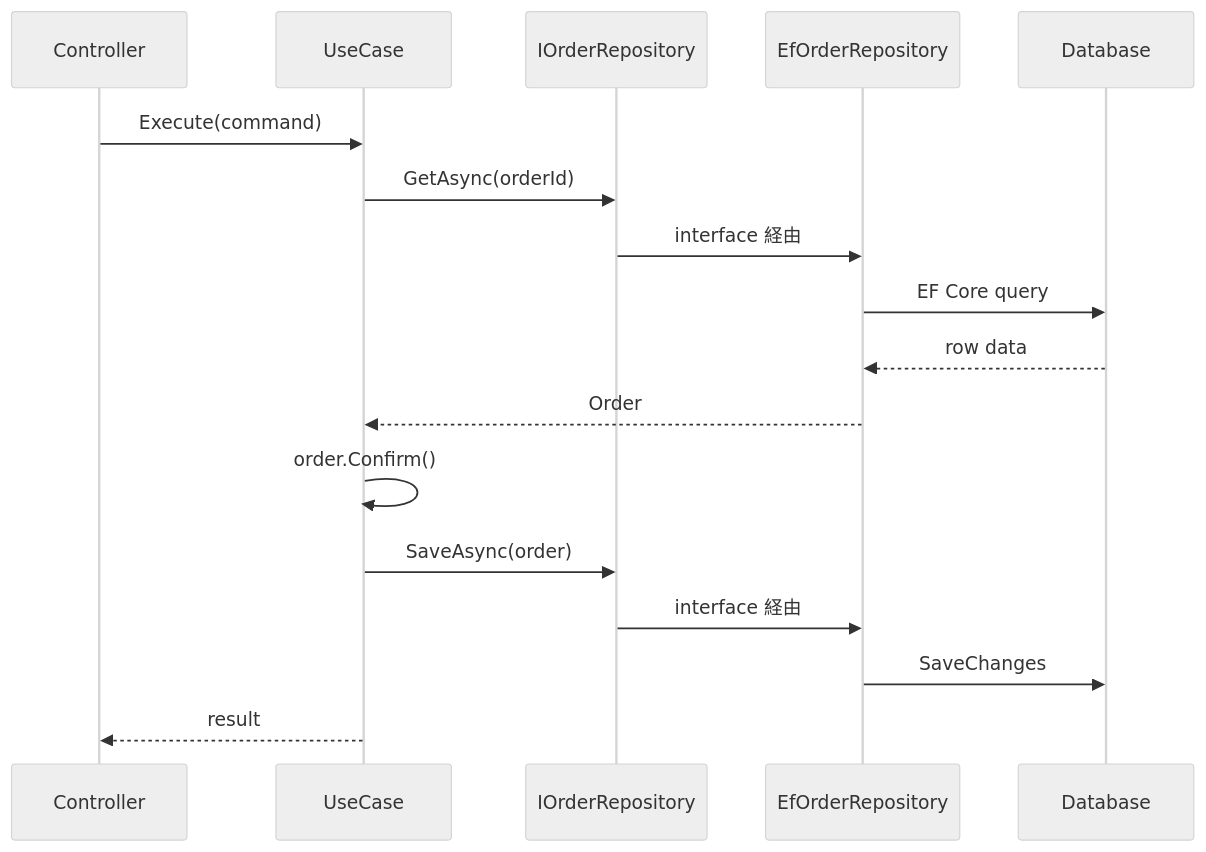
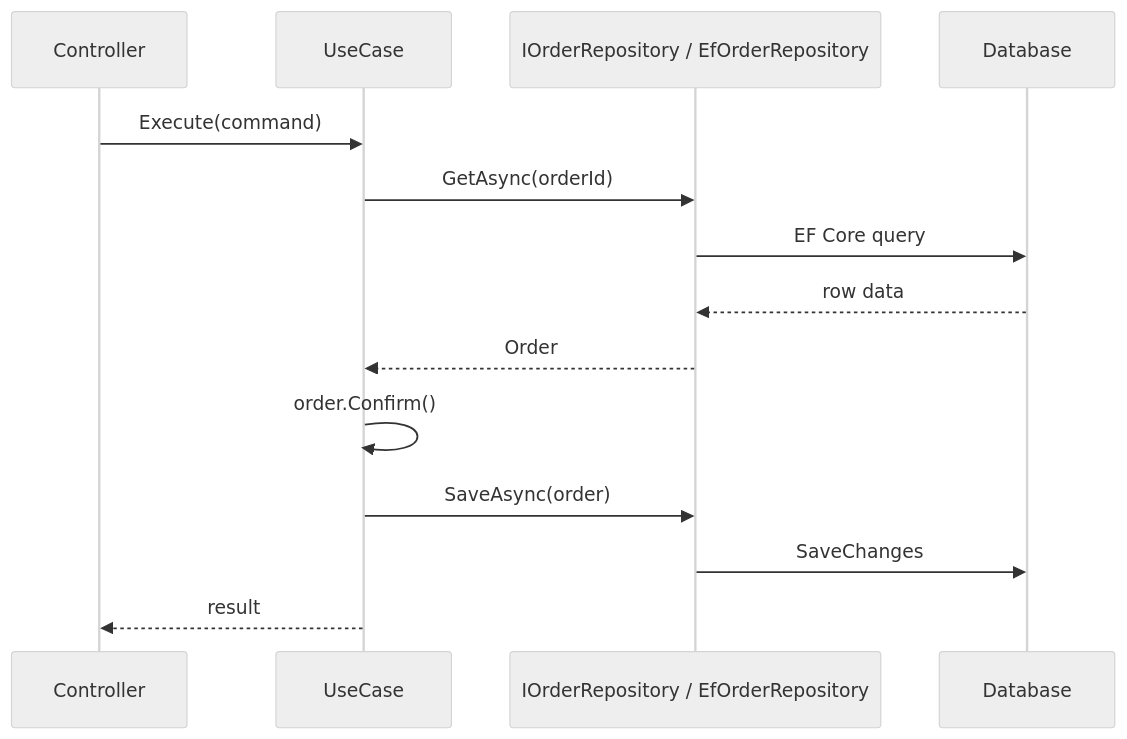
The diagram in docs/04_アプリケーション層とユースケース/01_Application Service.md (t-shirayama/domain-driven-design-notes), drawn with Mermaid (neutral theme) before and after one commit. The commit also changed 2 other files, not shown here.

Commit message:
docs: clarify ddd flow diagrams

````diff
--- a/docs/04_アプリケーション層とユースケース/01_Application Service.md
+++ b/docs/04_アプリケーション層とユースケース/01_Application Service.md
@@ -7,20 +7,17 @@
 ```mermaid
 sequenceDiagram
   participant C as Controller
   participant U as UseCase
-  participant R as IOrderRepository
-  participant I as EfOrderRepository
+  participant R as IOrderRepository / EfOrderRepository
   participant D as Database
 
   C->>U: Execute(command)
   U->>R: GetAsync(orderId)
-  R->>I: interface 経由
-  I->>D: EF Core query
-  D-->>I: row data
-  I-->>U: Order
+  R->>D: EF Core query
+  D-->>R: row data
+  R-->>U: Order
   U->>U: order.Confirm()
   U->>R: SaveAsync(order)
-  R->>I: interface 経由
-  I->>D: SaveChanges
+  R->>D: SaveChanges
   U-->>C: result
 ```
````
